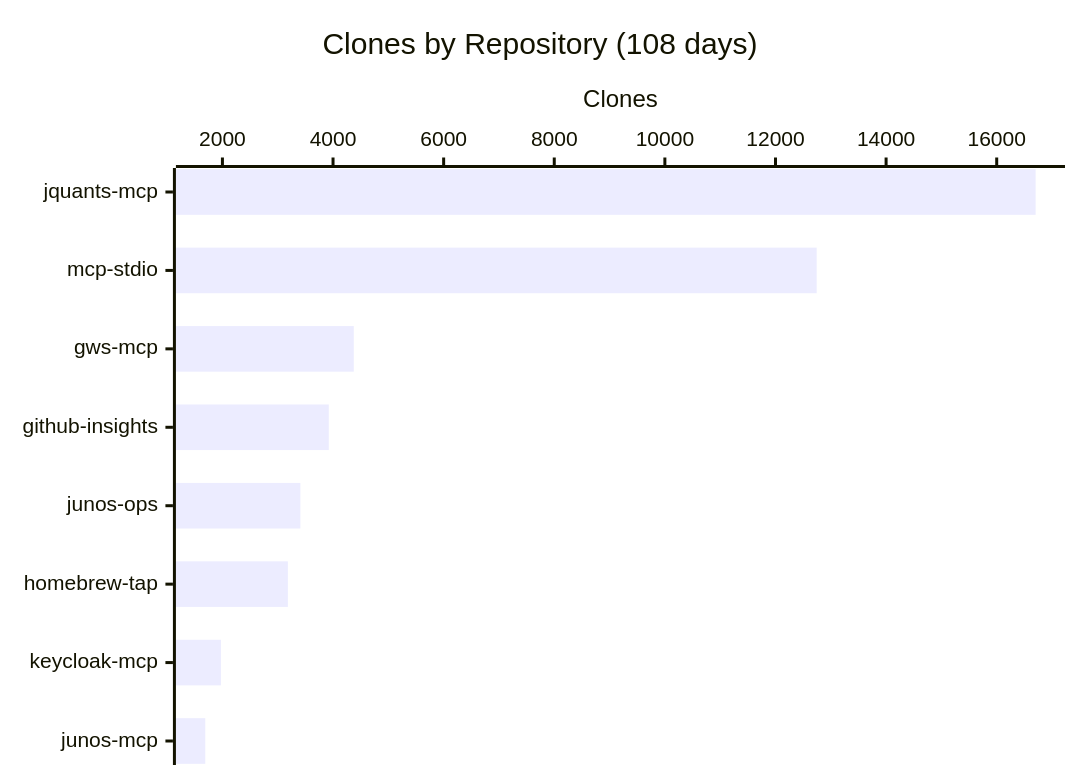
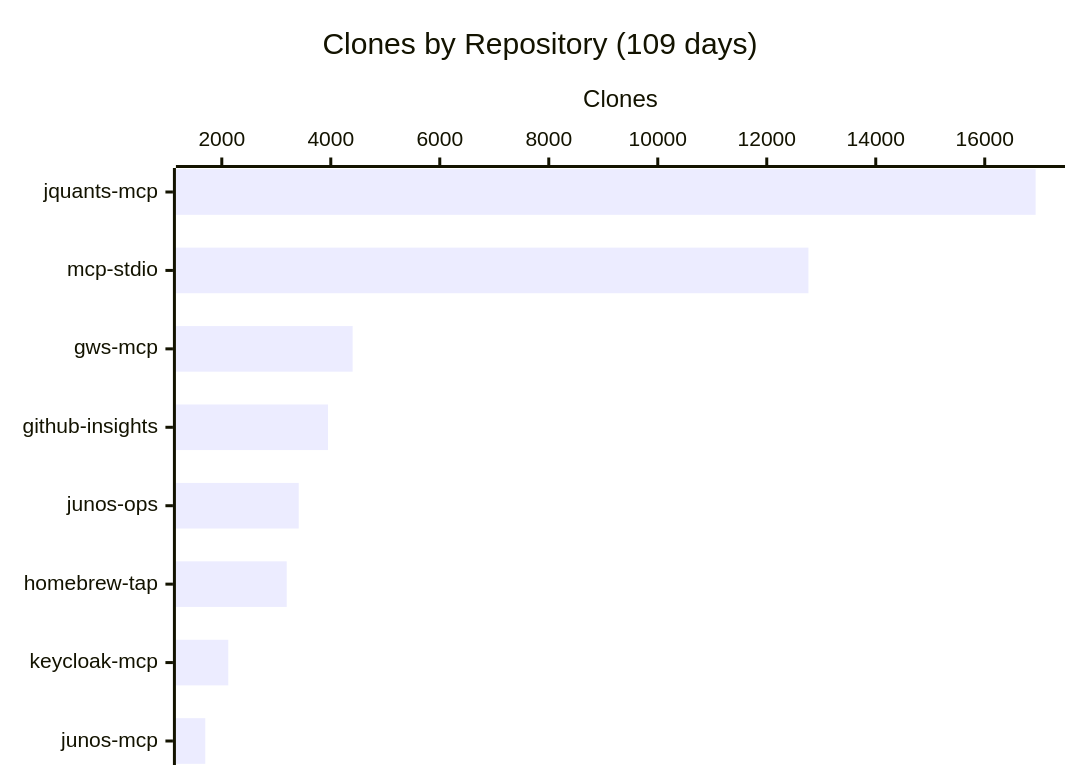
The third of 3 diagrams in README.md (shigechika/github-insights), drawn with Mermaid before and after one commit. The commit also changed other lines of this file and 2 other files, not shown here.

````diff
--- a/README.md
+++ b/README.md
@@ -43,7 +43,7 @@
 ```mermaid
 xychart-beta horizontal
-    title "Clones by Repository (108 days)"
+    title "Clones by Repository (109 days)"
     x-axis ["jquants-mcp", "mcp-stdio", "gws-mcp", "github-insights", "junos-ops", "homebrew-tap", "keycloak-mcp", "junos-mcp"]
     y-axis "Clones"
-    bar [16704, 12745, 4375, 3923, 3409, 3183, 1973, 1690]
+    bar [16934, 12765, 4401, 3949, 3412, 3191, 2119, 1697]
 ```
````
